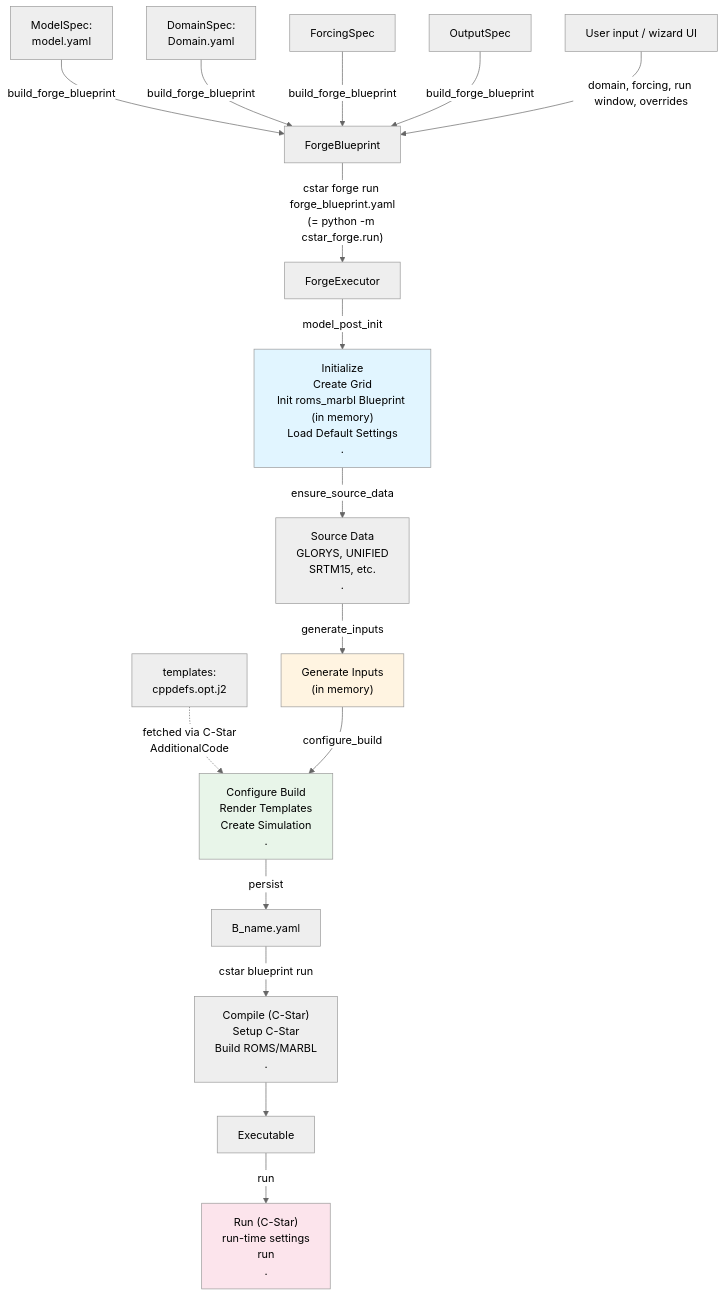
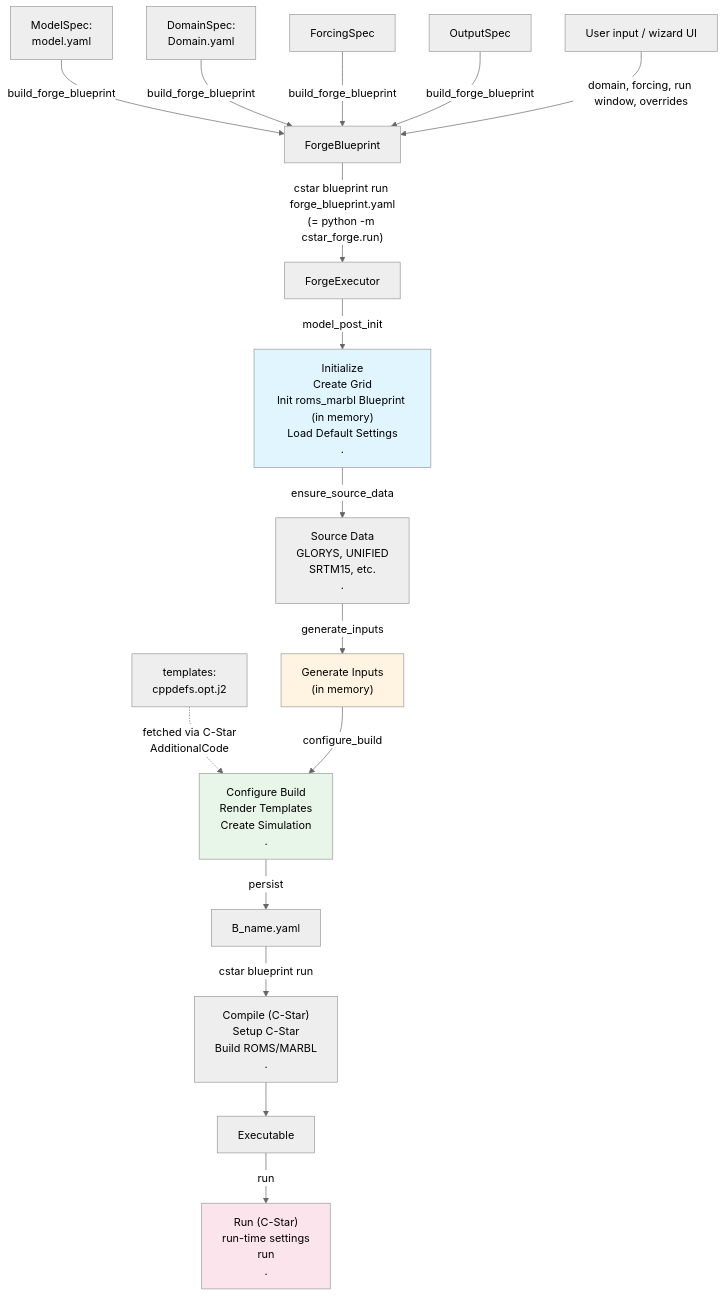
Before and after one commit to CWorthy-ocean/C-Star: the diagram in forge-import/docs/domain-generation-overview.md, drawn with Mermaid (neutral theme). The commit also changed other lines of this file and 22 other files, not shown here.

````diff
--- a/forge-import/docs/domain-generation-overview.md
+++ b/forge-import/docs/domain-generation-overview.md
@@ -14,32 +14,32 @@
 ```{mermaid}
 flowchart TD
     MS["ModelSpec:<br/>model.yaml"] -->|build_forge_blueprint| B[ForgeBlueprint]
     DS["DomainSpec:<br/>Domain.yaml"] -->|build_forge_blueprint| B
     FS["ForcingSpec"] -->|build_forge_blueprint| B
     OS["OutputSpec"] -->|build_forge_blueprint| B
 
     C["User input / wizard UI"] -->|domain, forcing, run window, overrides| B
 
-    B -->|"cstar forge run forge_blueprint.yaml<br/>(= python -m cstar_forge.run)"| D[ForgeExecutor]
+    B -->|"cstar blueprint run forge_blueprint.yaml<br/>(= python -m cstar_forge.run)"| D[ForgeExecutor]
 
     D -->|model_post_init| E["Initialize<br/>Create Grid<br/>Init roms_marbl Blueprint (in memory)<br/>Load Default Settings<br/>."]
 
     E -->|ensure_source_data| G["Source Data<br/>GLORYS, UNIFIED<br/>SRTM15, etc.<br/>."]
 
     G -->|generate_inputs| H["Generate Inputs<br/>(in memory)"]
 
     T["templates:<br/>cppdefs.opt.j2"] -.->|fetched via C-Star<br/>AdditionalCode| J
 
     H -->|configure_build| J["Configure Build<br/>Render Templates<br/>Create Simulation<br/>."]
     J -->|persist| K[B_name.yaml]
 
     K -->|"cstar blueprint run"| L["Compile (C-Star)<br/>Setup C-Star<br/>Build ROMS/MARBL<br/>."]
     L --> M[Executable]
 
     M -->|run| N["Run (C-Star)<br/>run-time settings<br/>run<br/>."]
 
     style E fill:#e1f5ff
     style H fill:#fff4e1
     style J fill:#e8f5e9
     style N fill:#fce4ec
 ```
````
